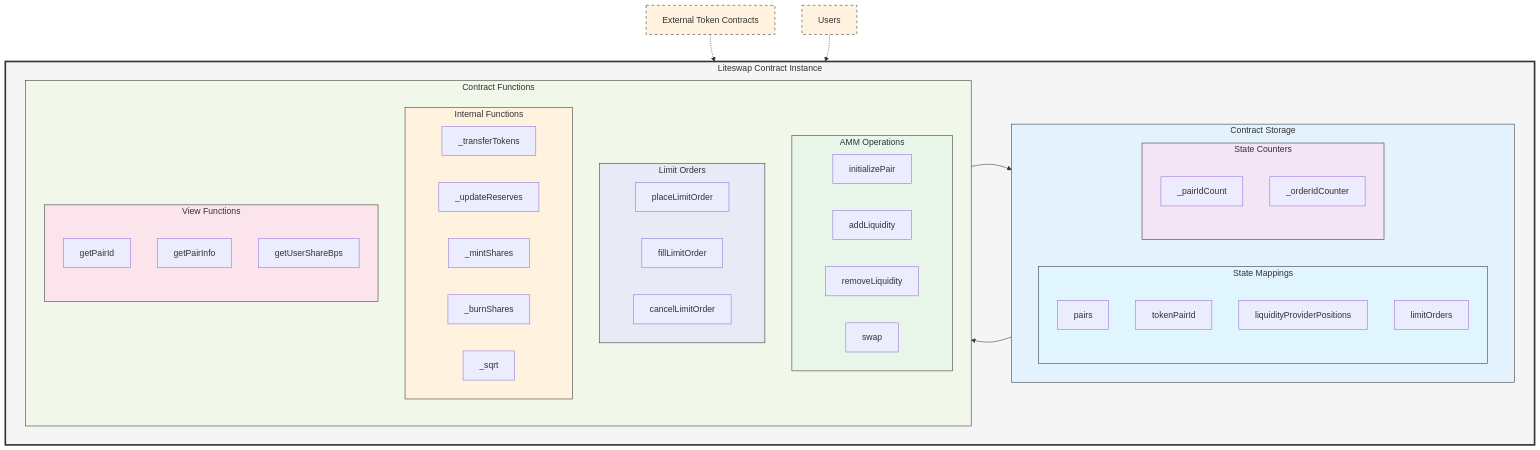
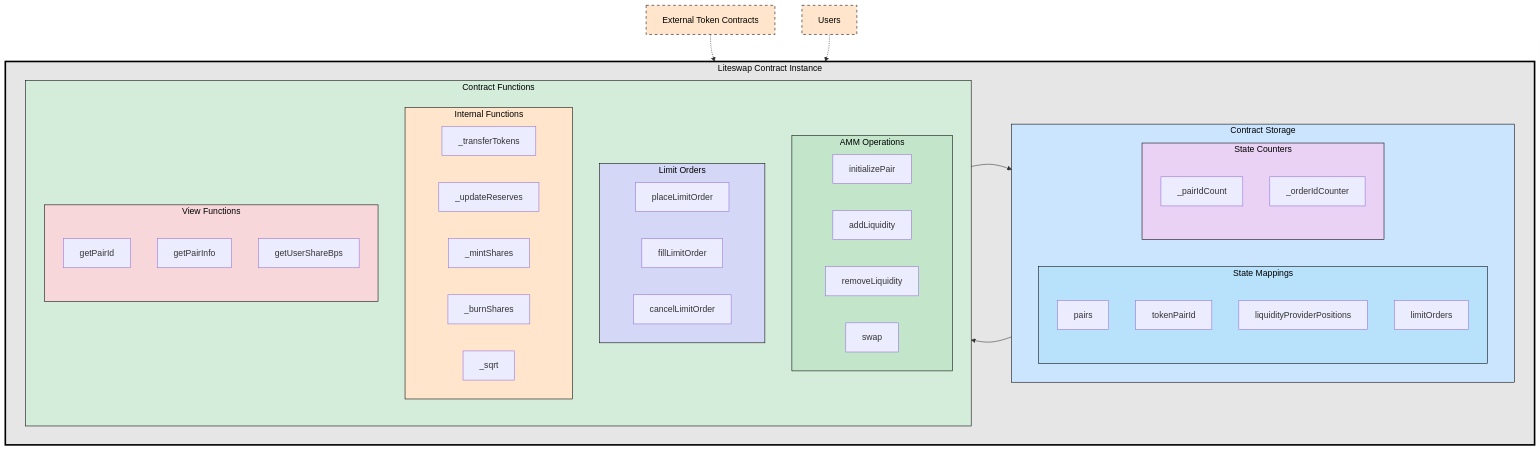
Before and after one commit to beh10000/Liteswap: the diagram in README.md, drawn with Mermaid.

Commit message:
readme documentation

`````diff
--- a/README.md
+++ b/README.md
@@ -33,67 +33,67 @@
 ````mermaid
 graph TD
     subgraph Liteswap [Liteswap Contract Instance]
         subgraph Storage [Contract Storage]
             direction LR
             subgraph Mappings [State Mappings]
                 PM[pairs]
                 TPM[tokenPairId]
                 LPM[liquidityProviderPositions]
                 LOM[limitOrders]
             end
             
             subgraph Counters [State Counters]
                 PC[_pairIdCount]
                 OC[_orderIdCounter]
             end
         end
 
         subgraph Functions [Contract Functions]
             direction TB
             subgraph AMM [AMM Operations]
                 IP[initializePair]
                 AL[addLiquidity]
                 RL[removeLiquidity]
                 SW[swap]
             end
 
             subgraph LO [Limit Orders]
                 PLO[placeLimitOrder]
                 FLO[fillLimitOrder]
                 CLO[cancelLimitOrder]
             end
 
             subgraph Internal [Internal Functions]
                 TT[_transferTokens]
                 UR[_updateReserves]
                 MS[_mintShares]
                 BS[_burnShares]
                 SQ[_sqrt]
             end
 
             subgraph Views [View Functions]
                 GPI[getPairId]
                 GPIF[getPairInfo]
                 GSB[getUserShareBps]
             end
         end
 
         Functions --> Storage
         Storage --> Functions
     end
 
     EXT[External Token Contracts] -.-> Liteswap
     USR[Users] -.-> Liteswap
 
-    style Liteswap fill:#f5f5f5,stroke:#333,stroke-width:3px
-    style Storage fill:#e3f2fd,stroke:#333,stroke-width:1px
-    style Functions fill:#f1f8e9,stroke:#333,stroke-width:1px
-    style AMM fill:#e8f5e9,stroke:#333,stroke-width:1px
-    style LO fill:#e8eaf6,stroke:#333,stroke-width:1px
-    style Internal fill:#fff3e0,stroke:#333,stroke-width:1px
-    style Views fill:#fce4ec,stroke:#333,stroke-width:1px
-    style Mappings fill:#e1f5fe,stroke:#333,stroke-width:1px
-    style Counters fill:#f3e5f5,stroke:#333,stroke-width:1px
-    style EXT fill:#fff3e0,stroke:#333,stroke-width:1px,stroke-dasharray: 5 5
-    style USR fill:#fff3e0,stroke:#333,stroke-width:1px,stroke-dasharray: 5 5
+    style Liteswap fill:#e6e6e6,stroke:#000000,stroke-width:3px,color:#000000
+    style Storage fill:#cce5ff,stroke:#000000,stroke-width:1px,color:#000000
+    style Functions fill:#d4edda,stroke:#000000,stroke-width:1px,color:#000000
+    style AMM fill:#c3e6cb,stroke:#000000,stroke-width:1px,color:#000000
+    style LO fill:#d4d7f5,stroke:#000000,stroke-width:1px,color:#000000
+    style Internal fill:#ffe5cc,stroke:#000000,stroke-width:1px,color:#000000
+    style Views fill:#f8d7da,stroke:#000000,stroke-width:1px,color:#000000
+    style Mappings fill:#b8e2fc,stroke:#000000,stroke-width:1px,color:#000000
+    style Counters fill:#e9d2f4,stroke:#000000,stroke-width:1px,color:#000000
+    style EXT fill:#ffe5cc,stroke:#000000,stroke-width:1px,stroke-dasharray: 5 5,color:#000000
+    style USR fill:#ffe5cc,stroke:#000000,stroke-width:1px,stroke-dasharray: 5 5,color:#000000
 ````
`````
